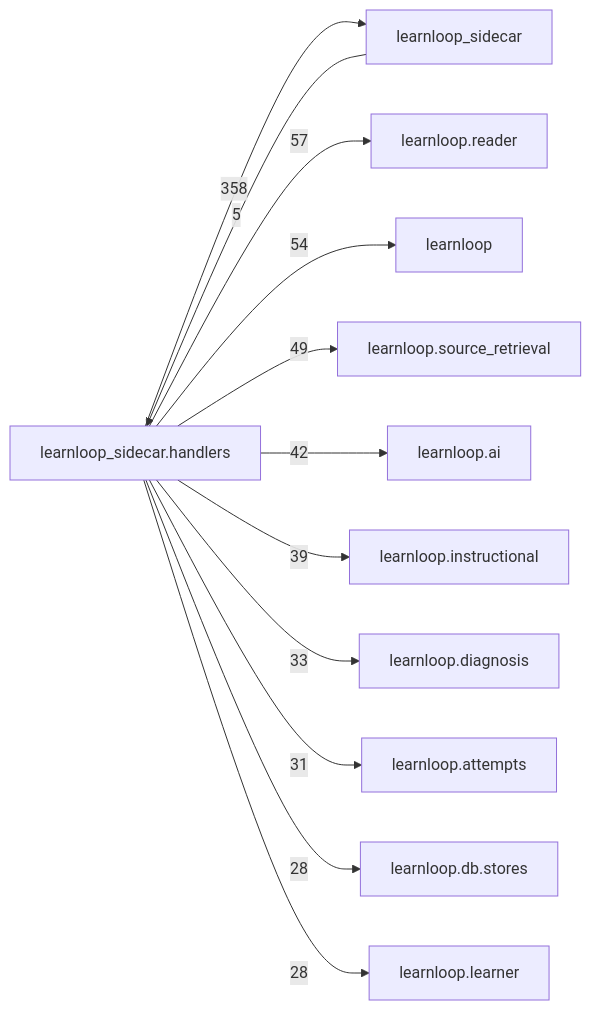
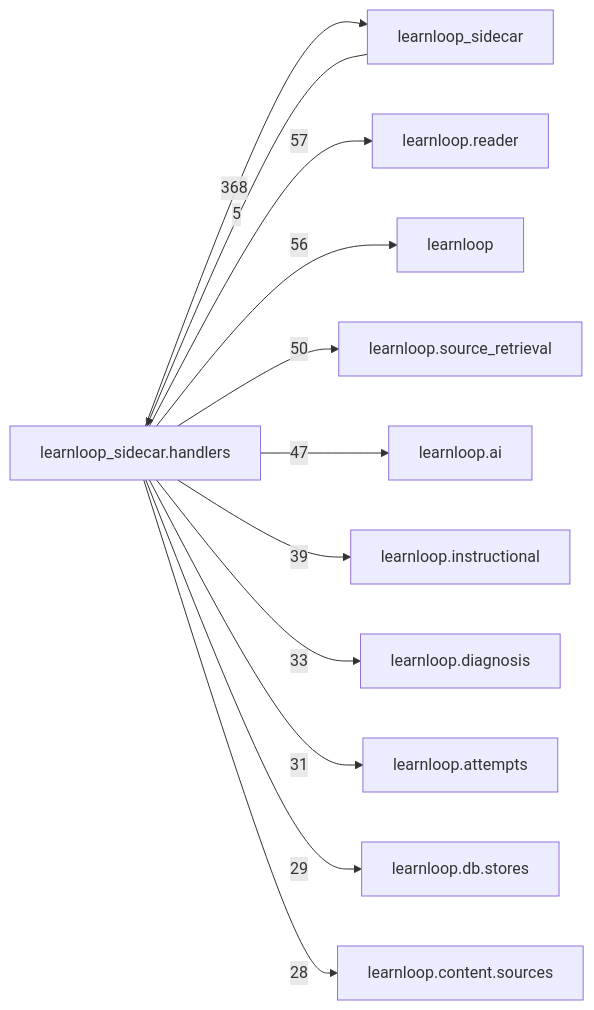
Before and after one commit to 6up-b/learnanything: the diagram in docs/learnloop-architecture-vault/Reference/Modules/learnloop_sidecar/handlers/_package.md, drawn with Mermaid. The commit also changed other lines of this file and 315 other files, not shown here.

````diff
--- a/docs/learnloop-architecture-vault/Reference/Modules/learnloop_sidecar/handlers/_package.md
+++ b/docs/learnloop-architecture-vault/Reference/Modules/learnloop_sidecar/handlers/_package.md
@@ -280,25 +285,25 @@
 ```mermaid
 flowchart LR
     center["learnloop_sidecar.handlers"]
     n_learnloop_sidecar["learnloop_sidecar"]
     n_learnloop_reader["learnloop.reader"]
     n_learnloop["learnloop"]
     n_learnloop_source_retrieval["learnloop.source_retrieval"]
     n_learnloop_ai["learnloop.ai"]
     n_learnloop_instructional["learnloop.instructional"]
     n_learnloop_diagnosis["learnloop.diagnosis"]
     n_learnloop_attempts["learnloop.attempts"]
     n_learnloop_db_stores["learnloop.db.stores"]
-    n_learnloop_learner["learnloop.learner"]
+    n_learnloop_content_sources["learnloop.content.sources"]
     n_learnloop_sidecar -->|5| center
-    center -->|358| n_learnloop_sidecar
+    center -->|368| n_learnloop_sidecar
     center -->|57| n_learnloop_reader
-    center -->|54| n_learnloop
-    center -->|49| n_learnloop_source_retrieval
-    center -->|42| n_learnloop_ai
+    center -->|56| n_learnloop
+    center -->|50| n_learnloop_source_retrieval
+    center -->|47| n_learnloop_ai
     center -->|39| n_learnloop_instructional
     center -->|33| n_learnloop_diagnosis
     center -->|31| n_learnloop_attempts
-    center -->|28| n_learnloop_db_stores
-    center -->|28| n_learnloop_learner
+    center -->|29| n_learnloop_db_stores
+    center -->|28| n_learnloop_content_sources
 ```
````
